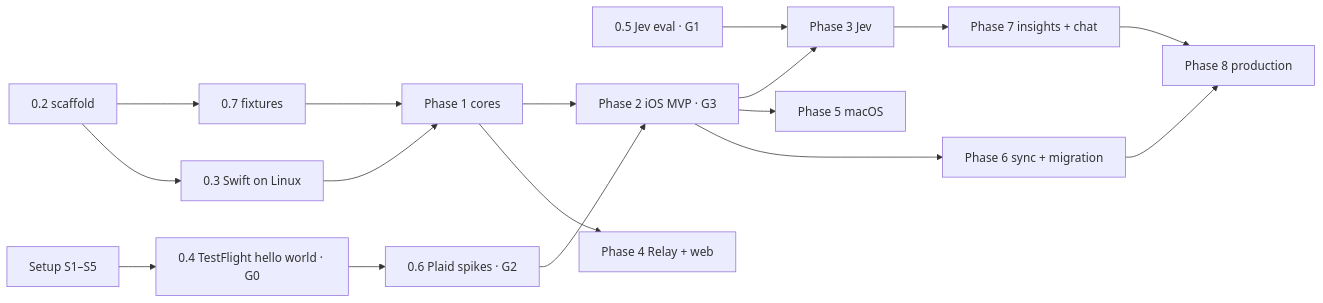
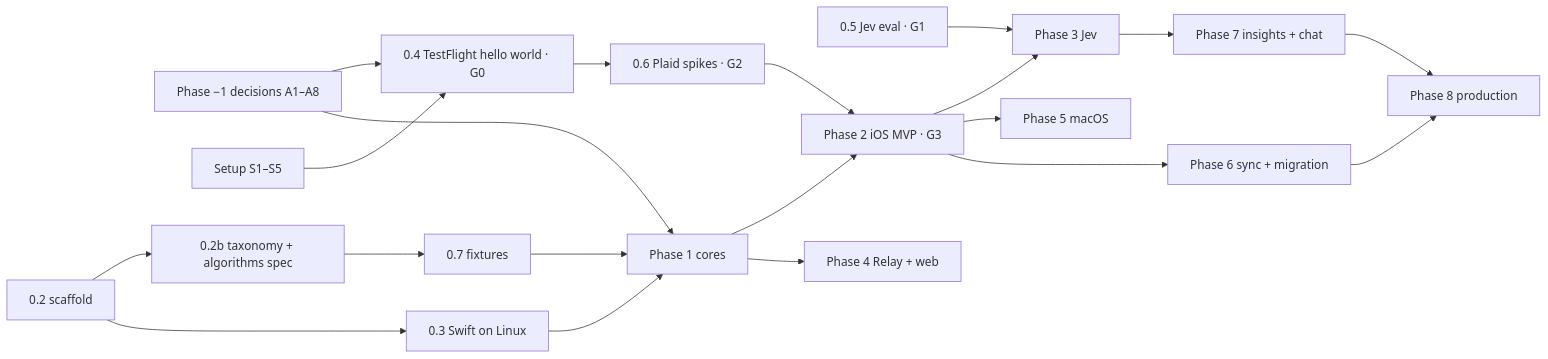
The second of 2 diagrams in docs/design/implementation-plan.md (rohitnandwate/local-finances-manager), drawn with Mermaid before and after one commit. The commit also changed other lines of this file and 3 other files, not shown here.

````diff
--- a/docs/design/implementation-plan.md
+++ b/docs/design/implementation-plan.md
@@ -221,17 +240,19 @@
 ```mermaid
 flowchart LR
+  D[Phase −1 decisions A1–A8] --> G0
+  D --> P1
   S[Setup S1–S5] --> G0[0.4 TestFlight hello world · G0]
-  A02[0.2 scaffold] --> A07[0.7 fixtures] --> P1[Phase 1 cores]
+  A02[0.2 scaffold] --> A02b[0.2b taxonomy + algorithms spec] --> A07[0.7 fixtures] --> P1[Phase 1 cores]
   A02 --> A03[0.3 Swift on Linux] --> P1
   G0 --> G2[0.6 Plaid spikes · G2]
   C05[0.5 Jev eval · G1] --> P3[Phase 3 Jev]
   P1 --> P2[Phase 2 iOS MVP · G3]
   G2 --> P2
   P2 --> P3
   P1 --> P4[Phase 4 Relay + web]
   P2 --> P5[Phase 5 macOS]
   P2 --> P6[Phase 6 sync + migration]
   P3 --> P7[Phase 7 insights + chat]
   P6 --> P8[Phase 8 production]
   P7 --> P8
 ```
````
